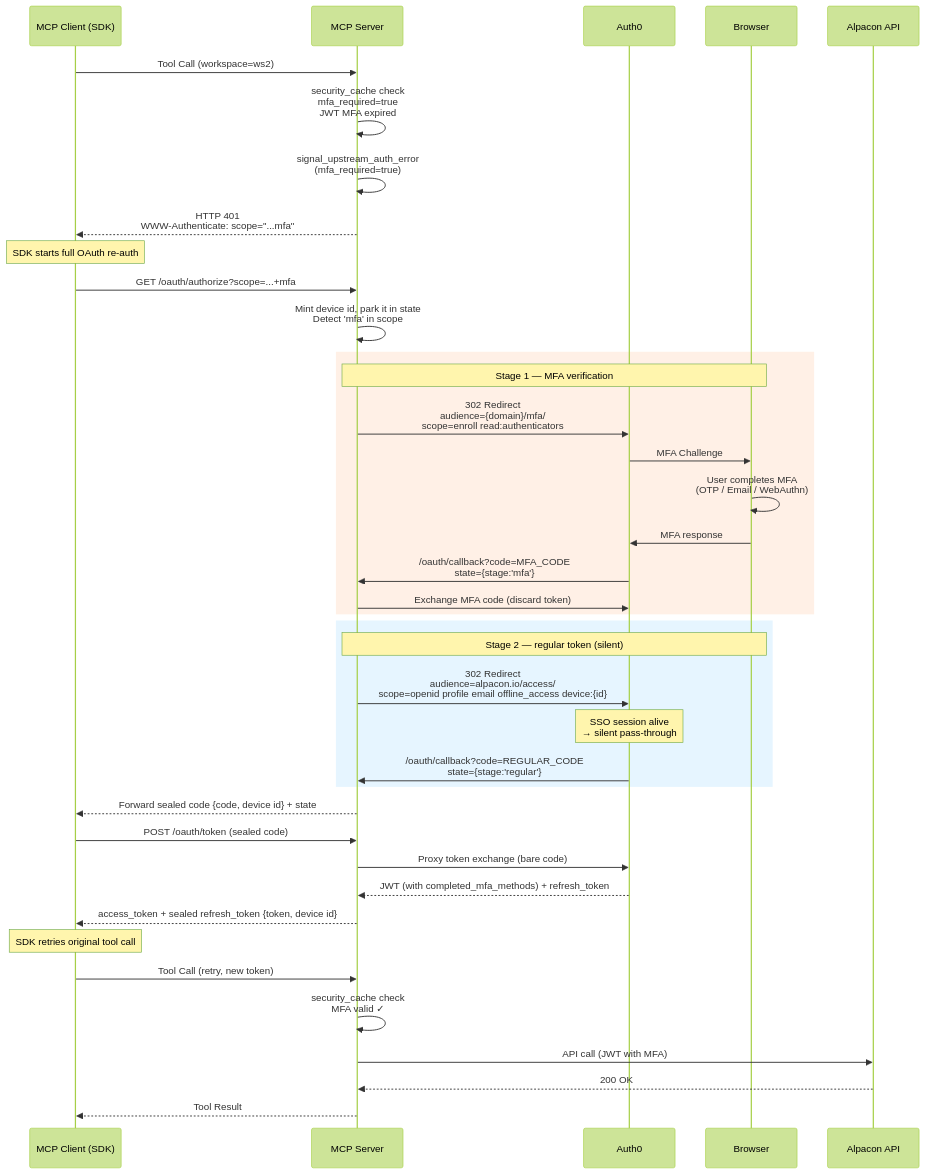
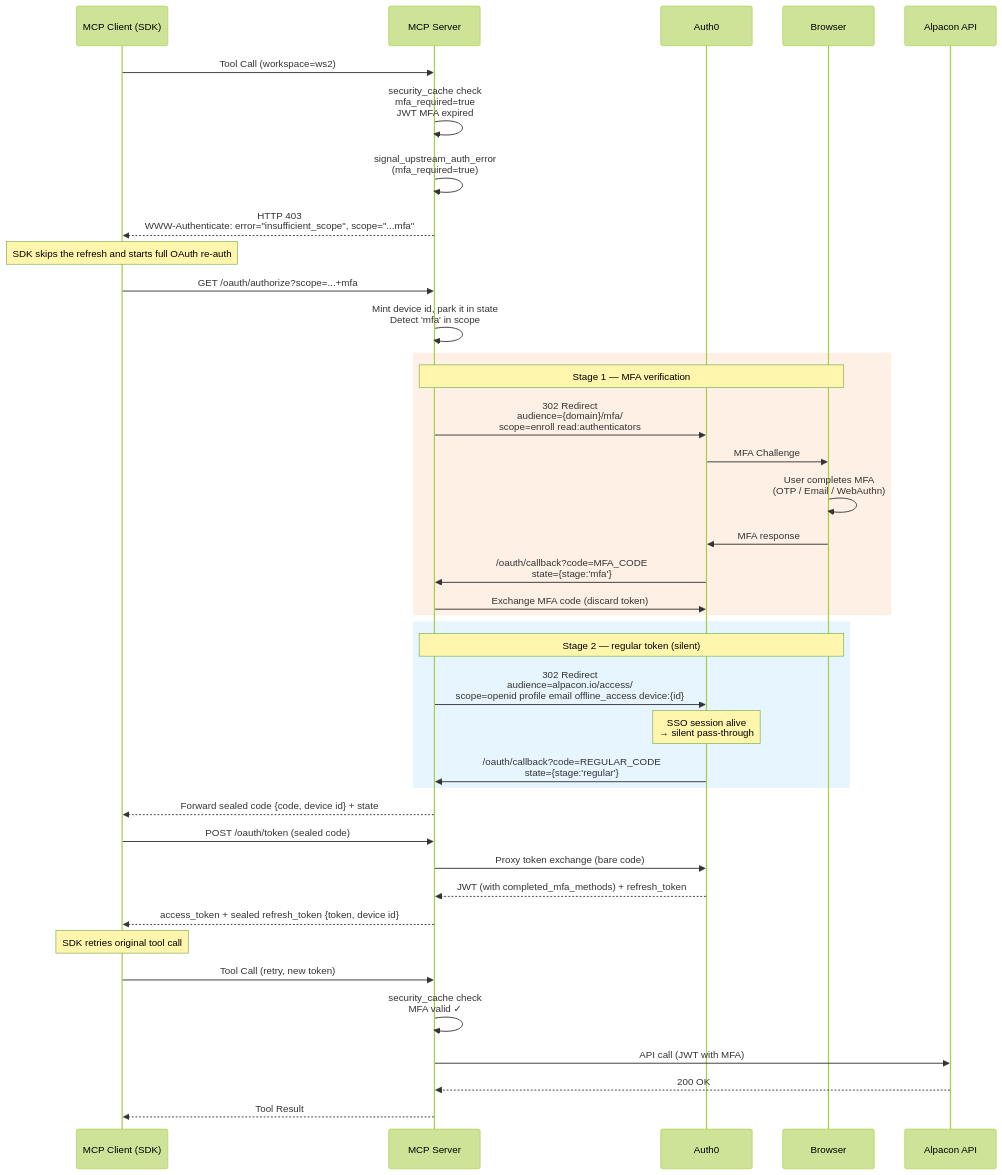
One commit to alpacax/alpacon-mcp changed the second of 3 diagrams in docs/mfa-reauth-flow.md. Above: the diagram before and after it, drawn with Mermaid (forest theme). The commit also changed other lines of this file and 3 other files, not shown here.

First line of the commit message:
fix(auth): answer an MFA signal with 403 insufficient_scope

````diff
--- a/docs/mfa-reauth-flow.md
+++ b/docs/mfa-reauth-flow.md
@@ -30,51 +32,51 @@
 ```mermaid
 sequenceDiagram
     participant C as MCP Client (SDK)
     participant S as MCP Server
     participant A0 as Auth0
     participant B as Browser
 
     C->>S: Tool Call (workspace=ws2)
     S->>S: security_cache check<br/>mfa_required=true<br/>JWT MFA expired
 
     S->>S: signal_upstream_auth_error<br/>(mfa_required=true)
-    S-->>C: HTTP 401<br/>WWW-Authenticate: scope="...mfa"
+    S-->>C: HTTP 403<br/>WWW-Authenticate: error="insufficient_scope", scope="...mfa"
 
-    Note over C: SDK starts full OAuth re-auth
+    Note over C: SDK skips the refresh and starts full OAuth re-auth
 
     C->>S: GET /oauth/authorize?scope=...+mfa
     S->>S: Mint device id, park it in state<br/>Detect 'mfa' in scope
 
     rect rgb(255, 240, 230)
         Note over S,B: Stage 1 — MFA verification
         S->>A0: 302 Redirect<br/>audience={domain}/mfa/<br/>scope=enroll read:authenticators
         A0->>B: MFA Challenge
         B->>B: User completes MFA<br/>(OTP / Email / WebAuthn)
         B->>A0: MFA response
         A0->>S: /oauth/callback?code=MFA_CODE<br/>state={stage:'mfa'}
         S->>A0: Exchange MFA code (discard token)
     end
 
     rect rgb(230, 245, 255)
         Note over S,B: Stage 2 — regular token (silent)
         S->>A0: 302 Redirect<br/>audience=alpacon.io/access/<br/>scope=openid profile email offline_access device:{id}
         Note over A0: SSO session alive<br/>→ silent pass-through
         A0->>S: /oauth/callback?code=REGULAR_CODE<br/>state={stage:'regular'}
     end
 
     S-->>C: Forward sealed code {code, device id} + state
     C->>S: POST /oauth/token (sealed code)
     S->>A0: Proxy token exchange (bare code)
     A0-->>S: JWT (with completed_mfa_methods) + refresh_token
     S-->>C: access_token + sealed refresh_token {token, device id}
 
     Note over C: SDK retries original tool call
 
     C->>S: Tool Call (retry, new token)
     S->>S: security_cache check<br/>MFA valid ✓
 
     participant API as Alpacon API
     S->>API: API call (JWT with MFA)
     API-->>S: 200 OK
     S-->>C: Tool Result
 ```
````
